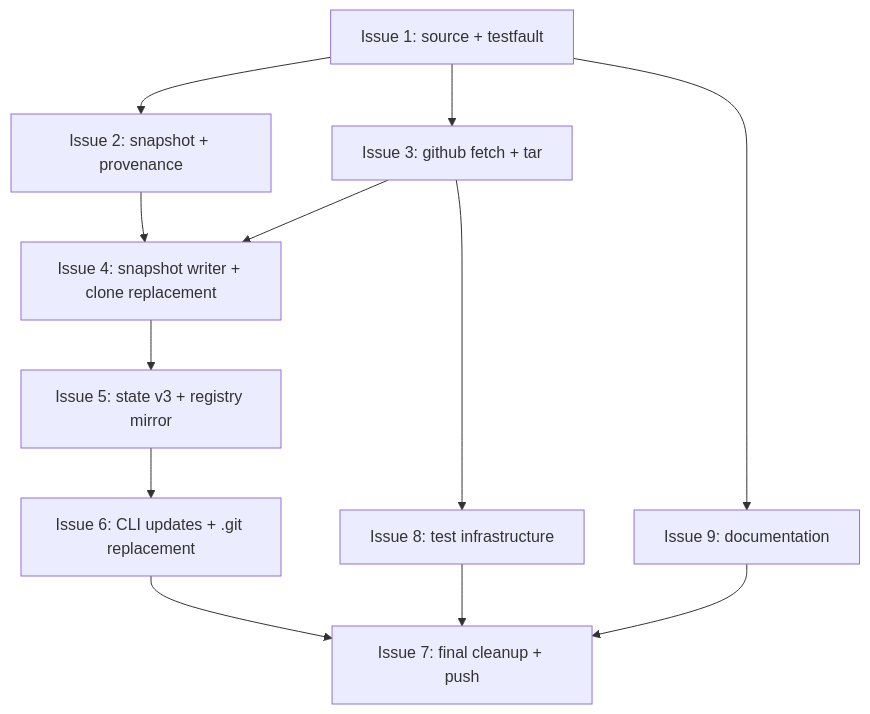
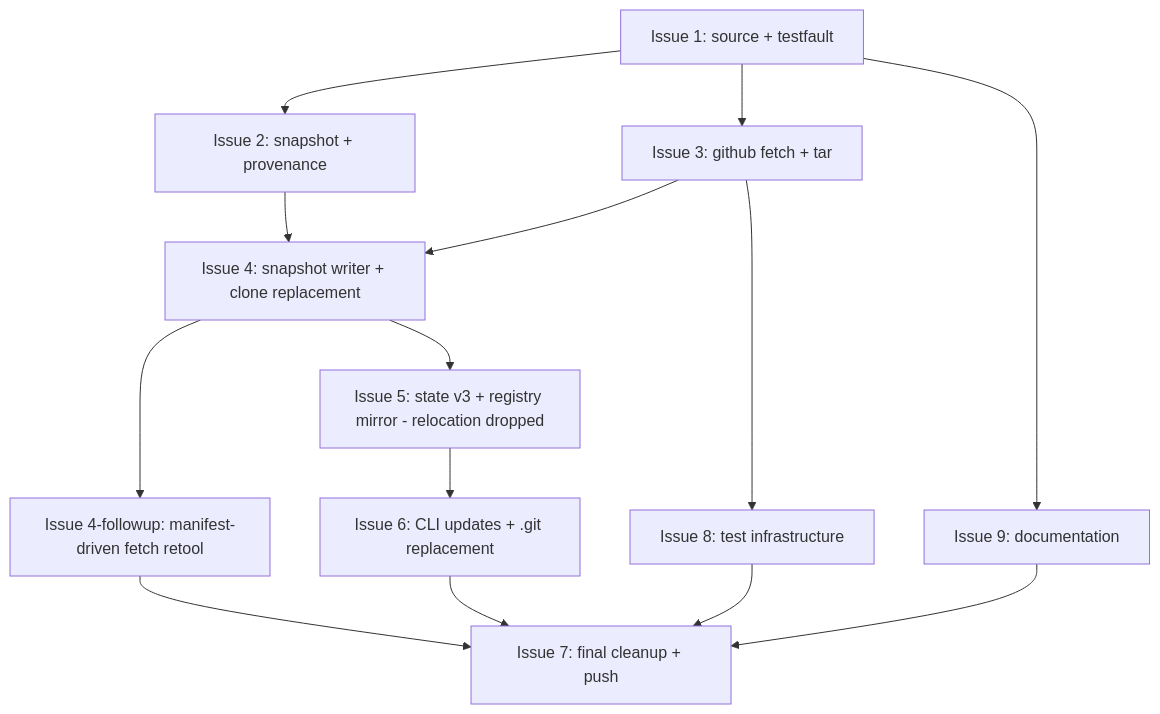
Before and after one commit to tsukumogami/niwa: the diagram in docs/plans/PLAN-workspace-config-sources.md, drawn with Mermaid. The commit also changed other lines of this file and 3 other files, not shown here.

````diff
--- a/docs/plans/PLAN-workspace-config-sources.md
+++ b/docs/plans/PLAN-workspace-config-sources.md
@@ -46,24 +73,27 @@
 ```mermaid
 graph TD
     I1[Issue 1: source + testfault]
     I2[Issue 2: snapshot + provenance]
     I3[Issue 3: github fetch + tar]
     I4[Issue 4: snapshot writer + clone replacement]
-    I5[Issue 5: state v3 + registry mirror]
+    I4F[Issue 4-followup: manifest-driven fetch retool]
+    I5[Issue 5: state v3 + registry mirror - relocation dropped]
     I6[Issue 6: CLI updates + .git replacement]
     I7[Issue 7: final cleanup + push]
     I8[Issue 8: test infrastructure]
     I9[Issue 9: documentation]
 
     I1 --> I2
     I1 --> I3
     I2 --> I4
     I3 --> I4
+    I4 --> I4F
     I4 --> I5
     I5 --> I6
+    I4F --> I7
     I6 --> I7
     I3 --> I8
     I8 --> I7
     I1 --> I9
     I9 --> I7
 ```
````
